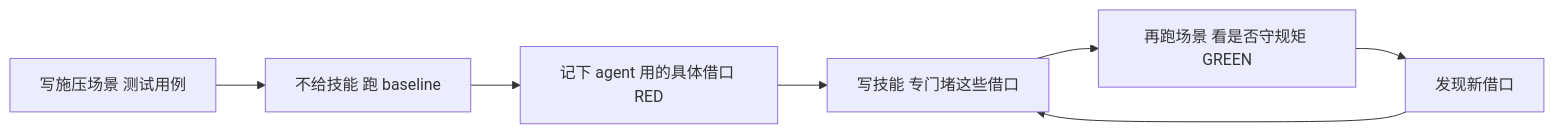
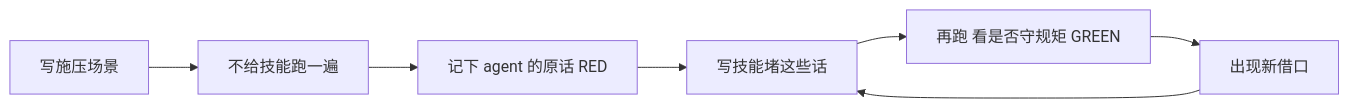
Before and after one commit to diguike/book-source-reading: the third of 4 diagrams in book/02-superpowers.md, drawn with Mermaid. The commit also changed other lines of this file and 14 other files, not shown here.

````diff
--- a/book/02-superpowers.md
+++ b/book/02-superpowers.md
@@ -295,9 +287,9 @@
 ```mermaid
 graph LR
-    A[写施压场景 测试用例] --> B[不给技能 跑 baseline]
-    B --> C[记下 agent 用的具体借口 RED]
-    C --> D[写技能 专门堵这些借口]
-    D --> E[再跑场景 看是否守规矩 GREEN]
-    E --> F[发现新借口]
+    A[写施压场景] --> B[不给技能跑一遍]
+    B --> C[记下 agent 的原话 RED]
+    C --> D[写技能堵这些话]
+    D --> E[再跑 看是否守规矩 GREEN]
+    E --> F[出现新借口]
     F --> D
 ```
````
